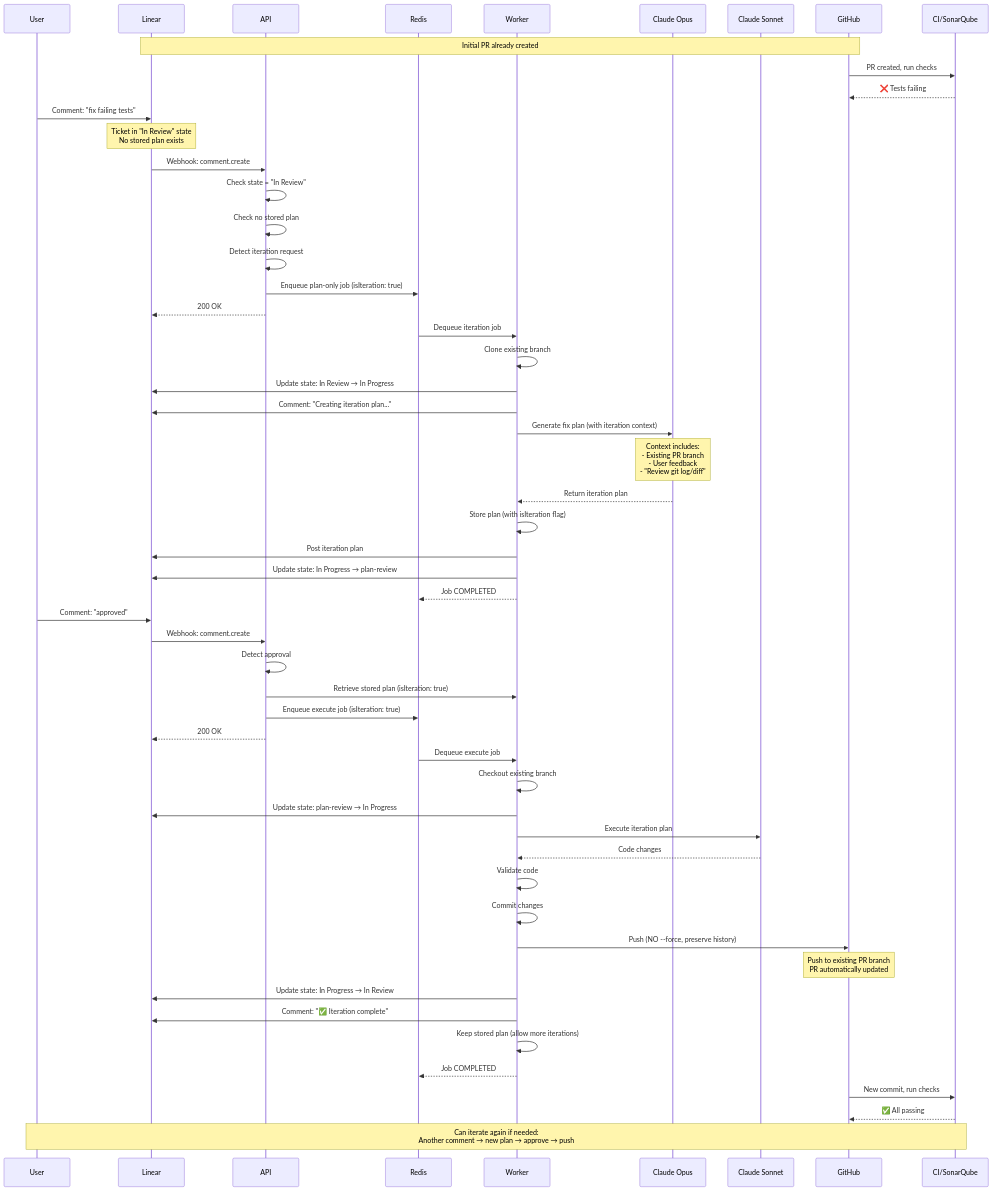
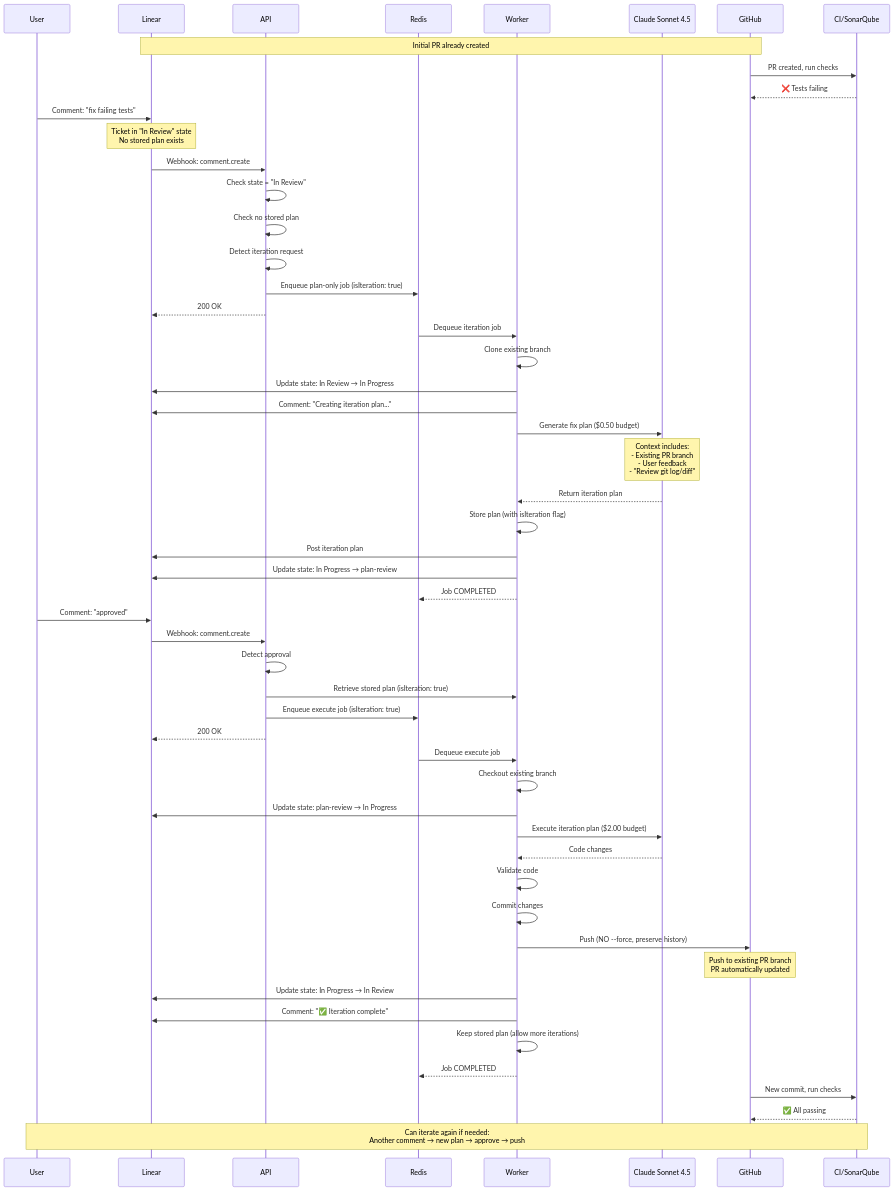
The third of 7 diagrams in ARCHITECTURE.md (Replikanti/ralph-platform), drawn with Mermaid before and after one commit. The commit also changed other lines of this file and 5 other files, not shown here.

````diff
--- a/ARCHITECTURE.md
+++ b/ARCHITECTURE.md
@@ -293,65 +294,64 @@
 ```mermaid
 sequenceDiagram
     participant User
     participant Linear
     participant API
     participant Redis
     participant Worker
-    participant Opus as Claude Opus
-    participant Sonnet as Claude Sonnet
+    participant Sonnet as Claude Sonnet 4.5
     participant GitHub
     participant CI as CI/SonarQube
 
     Note over Linear,GitHub: Initial PR already created
 
     GitHub->>CI: PR created, run checks
     CI-->>GitHub: ❌ Tests failing
 
     User->>Linear: Comment: "fix failing tests"
     Note over Linear: Ticket in "In Review" state<br/>No stored plan exists
 
     Linear->>API: Webhook: comment.create
     API->>API: Check state = "In Review"
     API->>API: Check no stored plan
     API->>API: Detect iteration request
     API->>Redis: Enqueue plan-only job (isIteration: true)
     API-->>Linear: 200 OK
 
     Redis->>Worker: Dequeue iteration job
     Worker->>Worker: Clone existing branch
     Worker->>Linear: Update state: In Review → In Progress
     Worker->>Linear: Comment: "Creating iteration plan..."
-    Worker->>Opus: Generate fix plan (with iteration context)
-    Note over Opus: Context includes:<br/>- Existing PR branch<br/>- User feedback<br/>- "Review git log/diff"
-    Opus-->>Worker: Return iteration plan
+    Worker->>Sonnet: Generate fix plan ($0.50 budget)
+    Note over Sonnet: Context includes:<br/>- Existing PR branch<br/>- User feedback<br/>- "Review git log/diff"
+    Sonnet-->>Worker: Return iteration plan
     Worker->>Worker: Store plan (with isIteration flag)
     Worker->>Linear: Post iteration plan
     Worker->>Linear: Update state: In Progress → plan-review
     Worker-->>Redis: Job COMPLETED
 
     User->>Linear: Comment: "approved"
     Linear->>API: Webhook: comment.create
     API->>API: Detect approval
     API->>Worker: Retrieve stored plan (isIteration: true)
     API->>Redis: Enqueue execute job (isIteration: true)
     API-->>Linear: 200 OK
 
     Redis->>Worker: Dequeue execute job
     Worker->>Worker: Checkout existing branch
     Worker->>Linear: Update state: plan-review → In Progress
-    Worker->>Sonnet: Execute iteration plan
+    Worker->>Sonnet: Execute iteration plan ($2.00 budget)
     Sonnet-->>Worker: Code changes
     Worker->>Worker: Validate code
     Worker->>Worker: Commit changes
     Worker->>GitHub: Push (NO --force, preserve history)
     Note over GitHub: Push to existing PR branch<br/>PR automatically updated
     Worker->>Linear: Update state: In Progress → In Review
     Worker->>Linear: Comment: "✅ Iteration complete"
     Worker->>Worker: Keep stored plan (allow more iterations)
     Worker-->>Redis: Job COMPLETED
 
     GitHub->>CI: New commit, run checks
     CI-->>GitHub: ✅ All passing
 
     Note over User,CI: Can iterate again if needed:<br/>Another comment → new plan → approve → push
 ```
````
